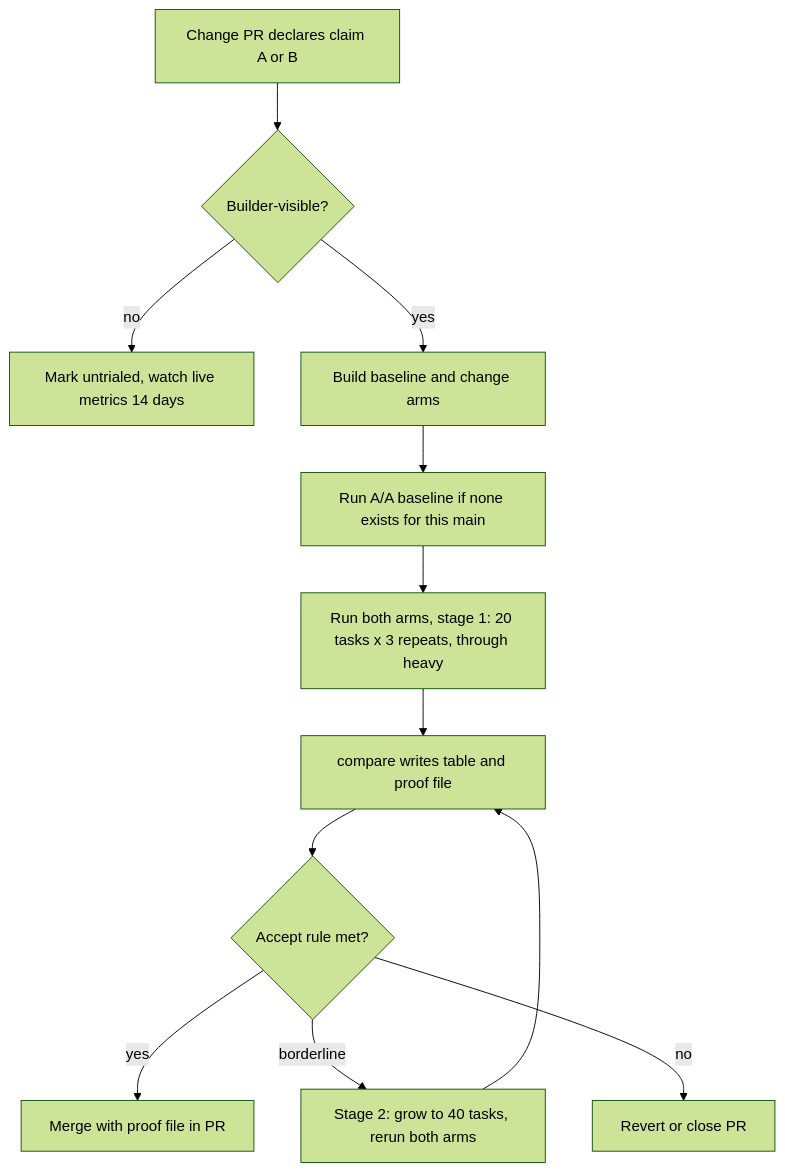
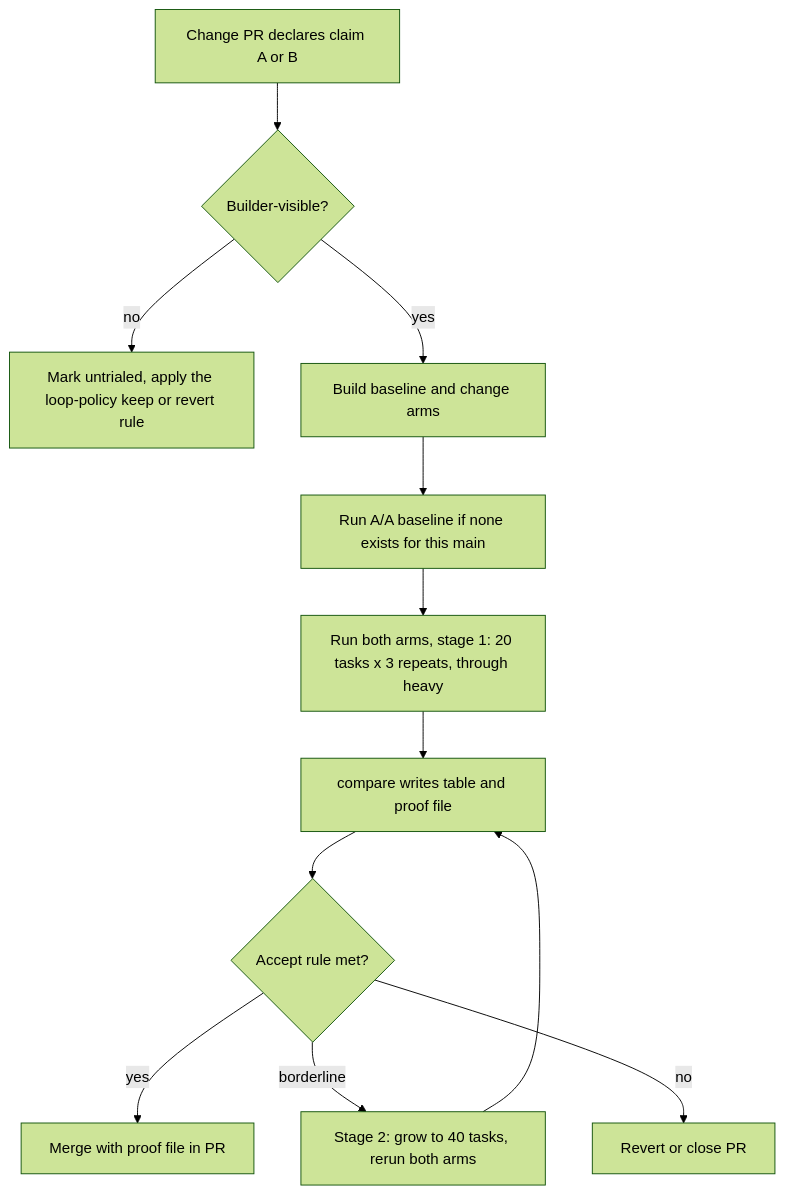
One commit to shyamsivakumar/mac-ops changed the diagram in docs/loop-change-trials.md. Above: the diagram before and after it, drawn with Mermaid (forest theme). The commit also changed other lines of this file, not shown here.

Commit message:
Add aggregate pass-rate limits and a loop-policy keep-or-revert rule (Refs #505)

````diff
--- a/docs/loop-change-trials.md
+++ b/docs/loop-change-trials.md
@@ -201,14 +238,14 @@
 ```mermaid
 flowchart TD
     A[Change PR declares claim A or B] --> B{Builder-visible?}
-    B -- no --> U[Mark untrialed, watch live metrics 14 days]
+    B -- no --> U[Mark untrialed, apply the loop-policy keep or revert rule]
     B -- yes --> C[Build baseline and change arms]
     C --> D[Run A/A baseline if none exists for this main]
     D --> E[Run both arms, stage 1: 20 tasks x 3 repeats, through heavy]
     E --> F[compare writes table and proof file]
     F --> G{Accept rule met?}
     G -- yes --> H[Merge with proof file in PR]
     G -- "borderline" --> I[Stage 2: grow to 40 tasks, rerun both arms]
     G -- no --> R[Revert or close PR]
     I --> F
 ```
````
